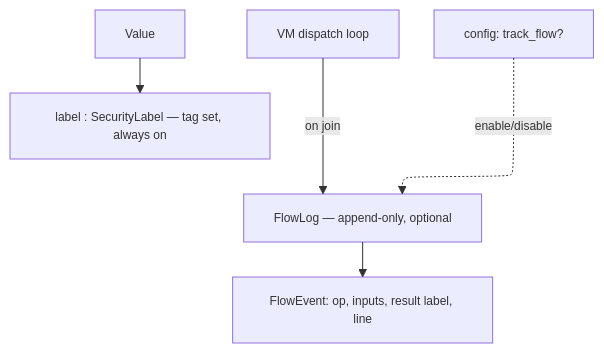
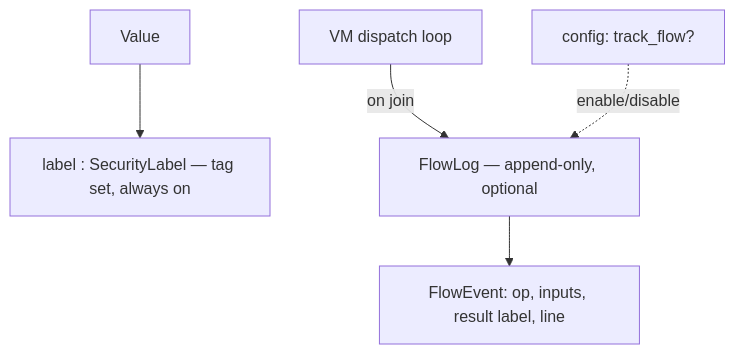
Before and after one commit to ModelArmy/adjutant.cr: the first of 2 diagrams in research/IFC_DESIGN.md, drawn with Mermaid. The commit also changed other lines of this file, not shown here.

````diff
--- a/research/IFC_DESIGN.md
+++ b/research/IFC_DESIGN.md
@@ -139,14 +139,7 @@
 ```mermaid
----
-displayMode: compact
-config:
-  layout: elk
-  themeVariables:
-    fontSize: 12px
----
 flowchart TD
     A[Value] --> B["label : SecurityLabel — tag set, always on"]
     C[VM dispatch loop] -->|on join| D["FlowLog — append-only, optional"]
     D --> E["FlowEvent: op, inputs, result label, line"]
     F["config: track_flow?"] -.enable/disable.-> D
 ```
````
